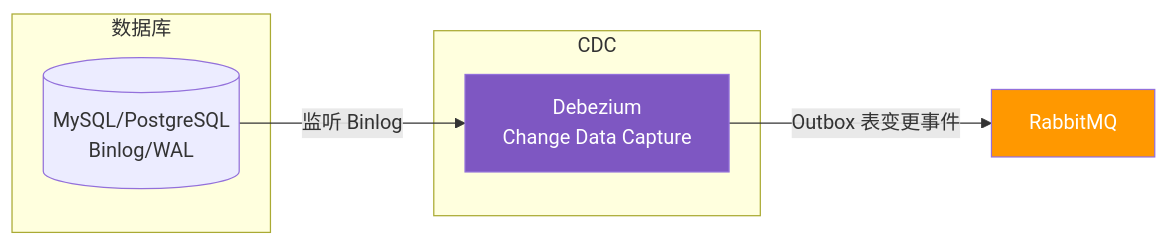
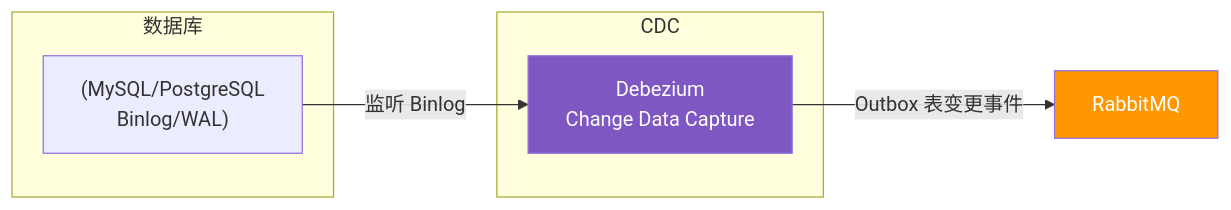
One commit to moklgydocs/moklgydocs.github.io changed the sixth of 9 diagrams in src/后端开发/RabbitMQ/09_生产级架构设计/01_微服务事件驱动架构.md. Above: the diagram before and after it, drawn with Mermaid. The commit also changed other lines of this file and 178 other files, not shown here.

First line of the commit message:
fix: 修复 mermaid 图表语法错误 - 为含 <br/> 的标签添加引号、修复未闭合引号

````diff
--- a/src/后端开发/RabbitMQ/09_生产级架构设计/01_微服务事件驱动架构.md
+++ b/src/后端开发/RabbitMQ/09_生产级架构设计/01_微服务事件驱动架构.md
@@ -363,16 +363,16 @@
 ```mermaid
 flowchart LR
     subgraph 数据库
-        DB[(MySQL/PostgreSQL<br/>Binlog/WAL)]
+        DB["(MySQL/PostgreSQL<br/>Binlog/WAL)"]
     end
 
     subgraph CDC
-        DZ[Debezium<br/>Change Data Capture]
+        DZ["Debezium<br/>Change Data Capture"]
     end
 
     DB -->|监听 Binlog| DZ
     DZ -->|Outbox 表变更事件| MQ[RabbitMQ]
 
     style DZ fill:#7E57C2,color:#fff
     style MQ fill:#FF9800,color:#fff
 ```
````
